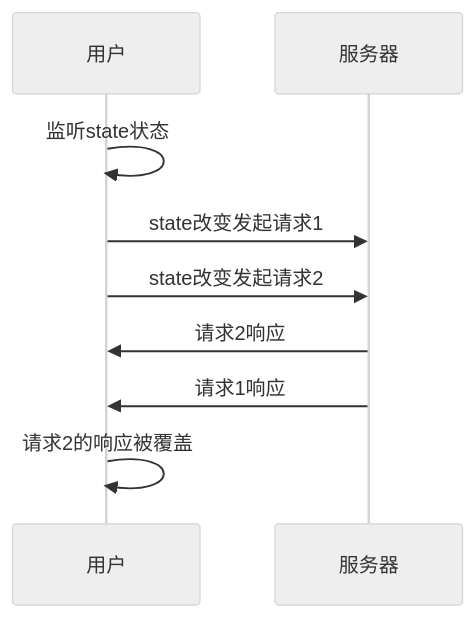
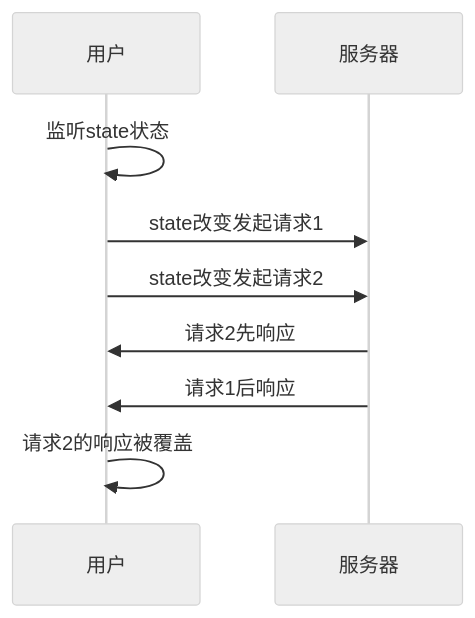
Before and after one commit to alovajs/alovajs.github.io: the diagram in i18n/zh-CN/docusaurus-plugin-content-docs/current/tutorial/03-combine-framework/03-use-watcher.md, drawn with Mermaid (neutral theme). The commit also changed other lines of this file and 128 other files, not shown here.

````diff
--- a/i18n/zh-CN/docusaurus-plugin-content-docs/current/tutorial/03-combine-framework/03-use-watcher.md
+++ b/i18n/zh-CN/docusaurus-plugin-content-docs/current/tutorial/03-combine-framework/03-use-watcher.md
@@ -291,11 +291,11 @@
 ```mermaid
 sequenceDiagram
   participant U as 用户
   participant S as 服务器
   U ->> U: 监听state状态
   U ->> S: state改变发起请求1
   U ->> S: state改变发起请求2
-  S ->> U: 请求2响应
-  S ->> U: 请求1响应
+  S ->> U: 请求2先响应
+  S ->> U: 请求1后响应
   U ->> U: 请求2的响应被覆盖
 ```
````
